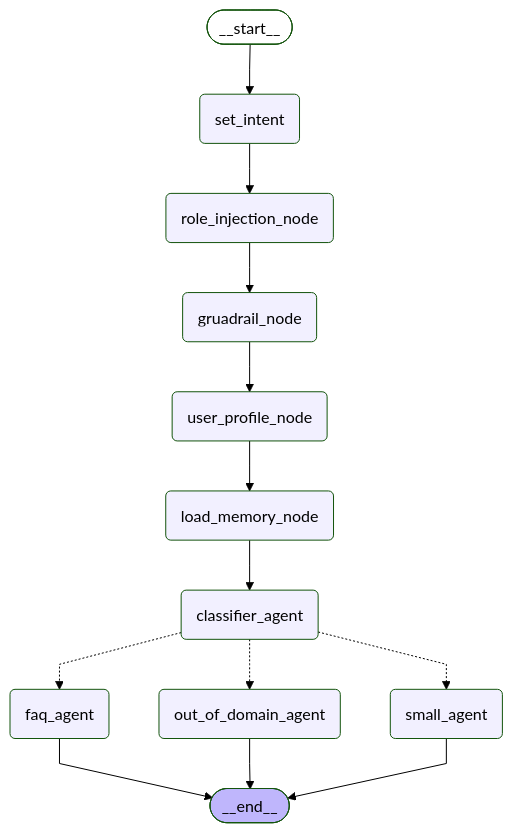
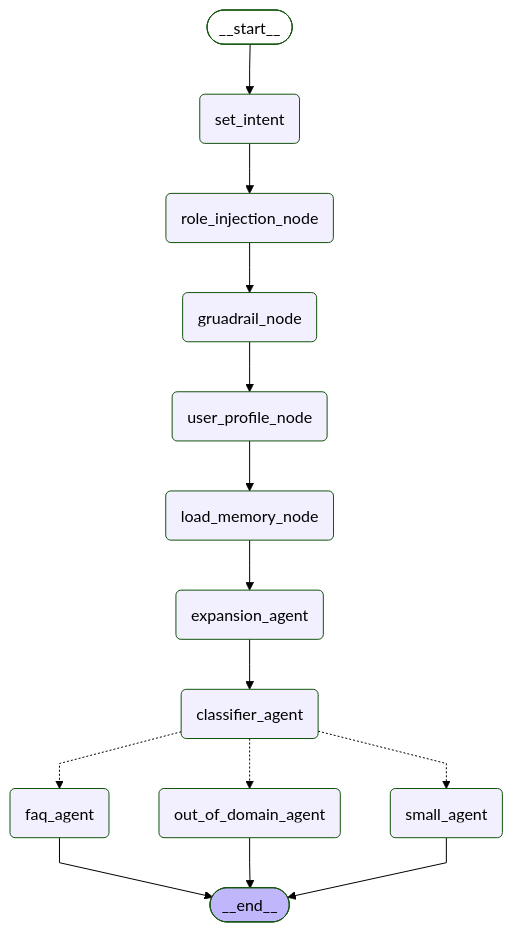
The diagram in graph/main_flow.md (vimalraj2it/agentic-chatbot), drawn with Mermaid (forest theme) before and after one commit. The commit also changed 17 other files, not shown here.

````diff
--- a/graph/main_flow.md
+++ b/graph/main_flow.md
@@ -1,35 +1,37 @@
 ```mermaid
 ---
 config:
   flowchart:
     curve: linear
 ---
 graph TD;
 	__start__([<p>__start__</p>]):::first
 	set_intent(set_intent)
 	role_injection_node(role_injection_node)
 	gruadrail_node(gruadrail_node)
 	user_profile_node(user_profile_node)
 	load_memory_node(load_memory_node)
+	expansion_agent(expansion_agent)
 	classifier_agent(classifier_agent)
 	small_agent(small_agent)
 	faq_agent(faq_agent)
 	out_of_domain_agent(out_of_domain_agent)
 	__end__([<p>__end__</p>]):::last
 	__start__ --> set_intent;
 	classifier_agent -.-> faq_agent;
 	classifier_agent -.-> out_of_domain_agent;
 	classifier_agent -.-> small_agent;
+	expansion_agent --> classifier_agent;
 	gruadrail_node --> user_profile_node;
-	load_memory_node --> classifier_agent;
+	load_memory_node --> expansion_agent;
 	role_injection_node --> gruadrail_node;
 	set_intent --> role_injection_node;
 	user_profile_node --> load_memory_node;
 	faq_agent --> __end__;
 	out_of_domain_agent --> __end__;
 	small_agent --> __end__;
 	classDef default fill:#f2f0ff,line-height:1.2
 	classDef first fill-opacity:0
 	classDef last fill:#bfb6fc
 
 ```
````
